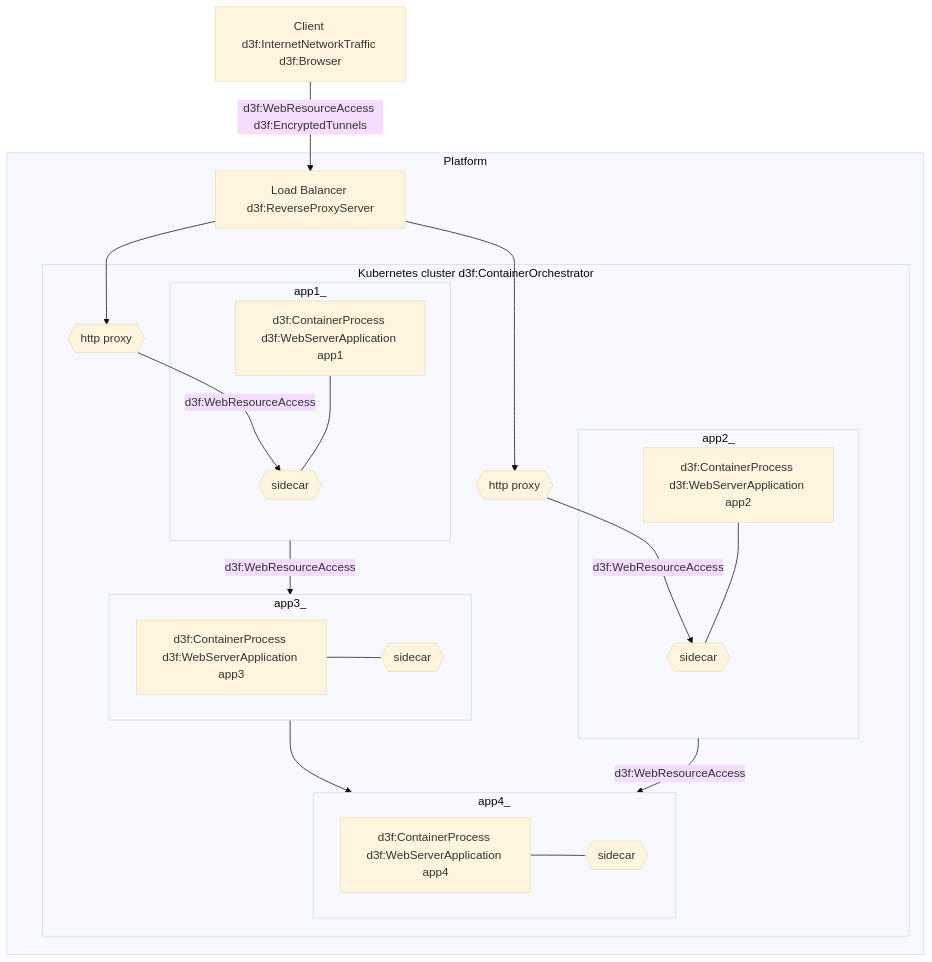
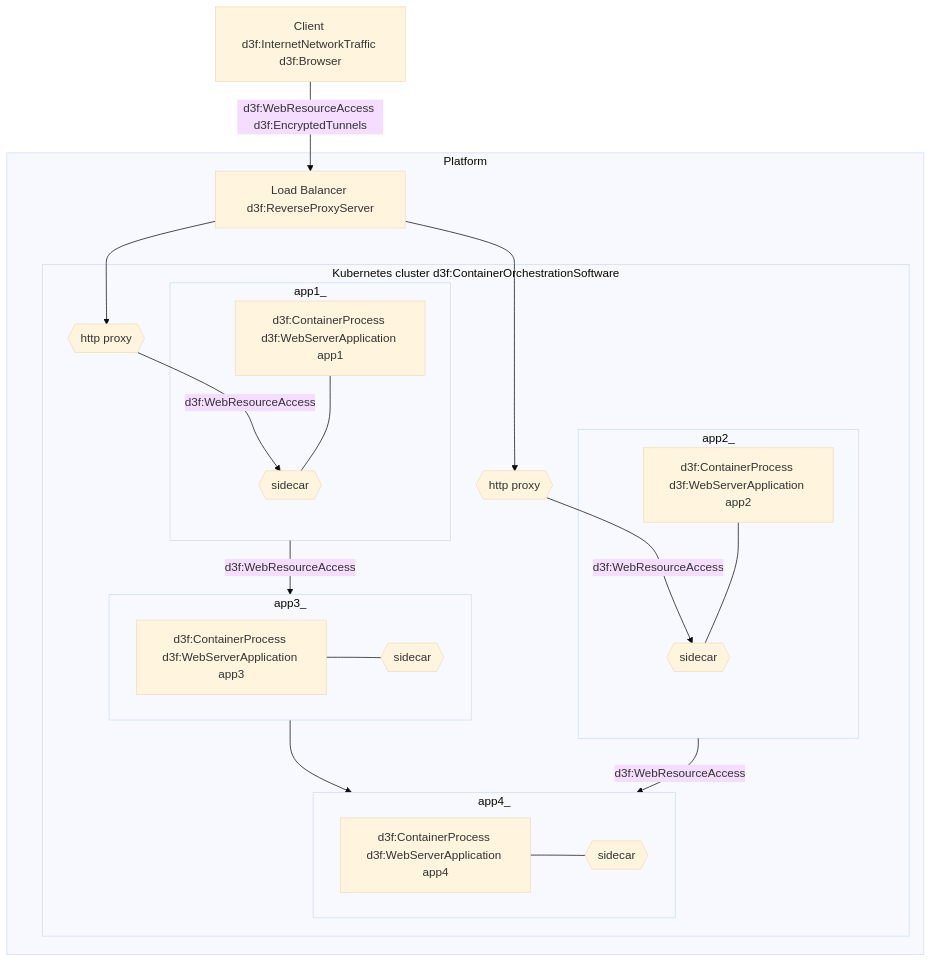
Before and after one commit to par-tec/d3fend-tools: the diagram in docs/static/examples/mermaid/network.md, drawn with Mermaid (base theme). The commit also changed 7 other files, not shown here.

````diff
--- a/docs/static/examples/mermaid/network.md
+++ b/docs/static/examples/mermaid/network.md
@@ -3,60 +3,60 @@
 ```mermaid
 graph
 
 %% A client from Internet.
 client[Client d3f:InternetNetworkTraffic d3f:Browser]
 
 %% The client connects to a Load Balancer.
 lb[Load Balancer d3f:ReverseProxyServer]
 
 client -->|"d3f:WebResourceAccess d3f:EncryptedTunnels"| lb
 
 %% The Load Balancer routes the traffic to a Service Mesh.
 
 lb --> nginx1
 lb --> nginx2
 
 nginx1{{http proxy}}
 nginx2{{http proxy}}
 
 %% The Service Mesh routes the traffic to the application.
 
 nginx1 -->|d3f:WebResourceAccess| sidecar1
 nginx2 -->|d3f:WebResourceAccess| sidecar2
 
 %% The application is made up of various APIs
 
 app1_ -->|d3f:WebResourceAccess| app3_ --> app4_
 app2_ -->|d3f:WebResourceAccess| app4_
 
 subgraph app1_
     app1[d3f:ContainerProcess d3f:WebServerApplication app1] --- sidecar1{{sidecar}}
 end
 
 subgraph app2_
     app2[d3f:ContainerProcess d3f:WebServerApplication app2] --- sidecar2{{sidecar}}
 end
 
 subgraph app3_
     app3[d3f:ContainerProcess d3f:WebServerApplication app3] --- sidecar3{{sidecar}}
 end
 
 subgraph app4_
     app4[d3f:ContainerProcess d3f:WebServerApplication app4] --- sidecar4{{sidecar}}
 end
 
-subgraph kube[Kubernetes cluster d3f:ContainerOrchestrator]
+subgraph kube[Kubernetes cluster d3f:ContainerOrchestrationSoftware]
     app1_
     app2_
     app3_
     app4_
     nginx1
     nginx2
 end
 
 subgraph Platform
     kube
     lb
 end
 
 ```
````
